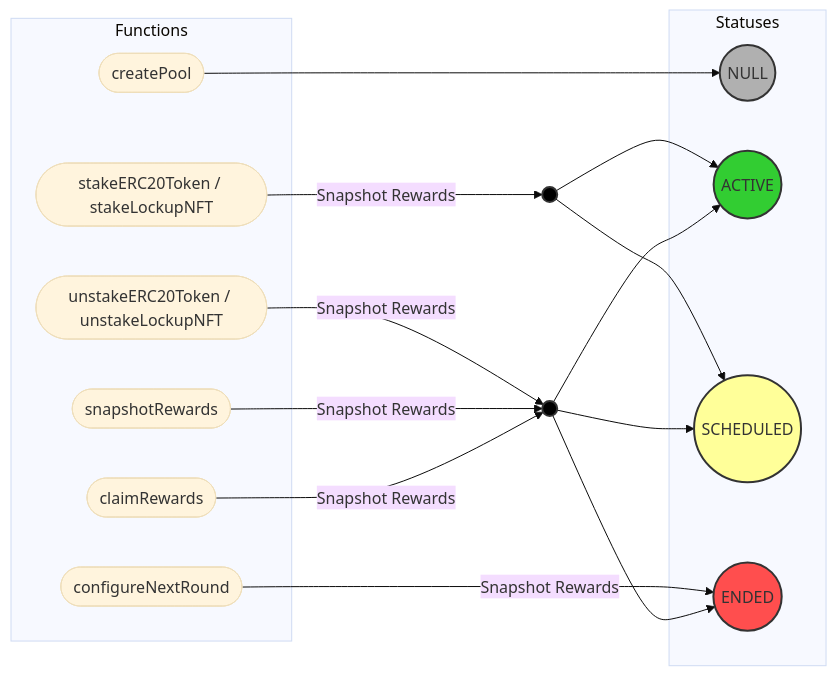
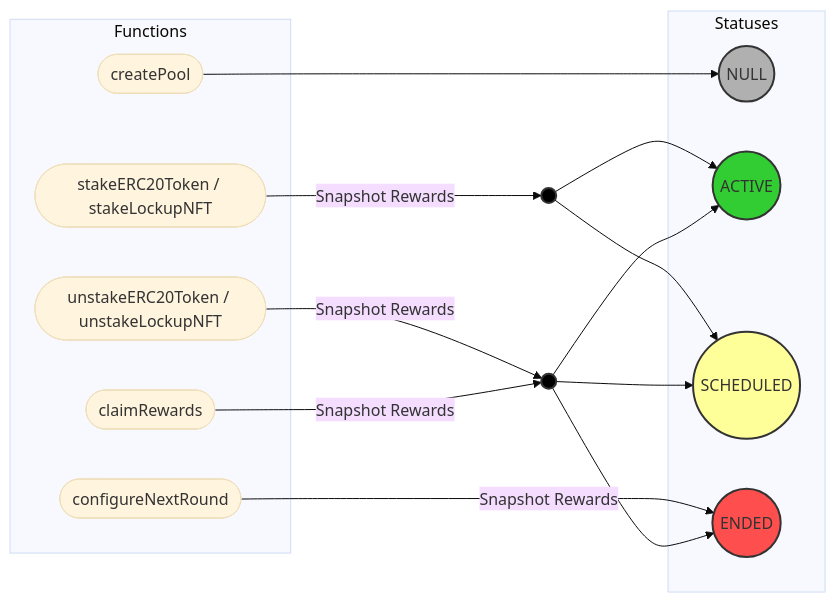
The second of 2 diagrams in ARCHITECTURE.md (sablier-labs/staking), drawn with Mermaid (base theme) before and after one commit. The commit also changed 17 other files, not shown here.

Commit message:
perf: reduce total amount staked using unchecked in unstake token function chore: reorder functions alphabetically test: remove snapshotRewards function from handler test: rename update rewards function in invariant handler test: rename variable in invariant store docs: polish comments

````diff
--- a/ARCHITECTURE.md
+++ b/ARCHITECTURE.md
@@ -133,42 +133,39 @@
 ```mermaid
 flowchart LR
     subgraph Statuses
         NULL((NULL)):::grey
         ACTIVE((ACTIVE)):::green
         SCHEDULED((SCHEDULED)):::yellow
         ENDED((ENDED)):::red
     end
 
     subgraph Functions
         CLAIM_REWARDS([claimRewards])
         CONFIGURE([configureNextRound])
         CREATE([createPool])
-        SNAPSHOT([snapshotRewards])
         STAKE([stakeERC20Token / stakeLockupNFT])
         UNSTAKE([unstakeERC20Token / unstakeLockupNFT])
     end
 
     ALL((  )):::black
     AS((  )):::black
 
     classDef black fill:#000000,stroke:#333,stroke-width:2px;
     classDef green fill:#32cd32,stroke:#333,stroke-width:2px;
     classDef grey fill:#b0b0b0,stroke:#333,stroke-width:2px;
     classDef yellow fill:#ffff99,stroke:#333,stroke-width:2px;
     classDef red fill:#ff4e4e,stroke:#333,stroke-width:2px;
 
     ALL --> ACTIVE & SCHEDULED & ENDED
     AS --> ACTIVE & SCHEDULED
 
     CREATE  --> NULL
 
     CONFIGURE -- "Snapshot Rewards" -->  ENDED
 
     CLAIM_REWARDS -- "Snapshot Rewards" -->  ALL
 
-    SNAPSHOT -- "Snapshot Rewards" -->  ALL
-
     STAKE -- "Snapshot Rewards" -->  AS
 
     UNSTAKE -- "Snapshot Rewards" -->  ALL
 ```
````
